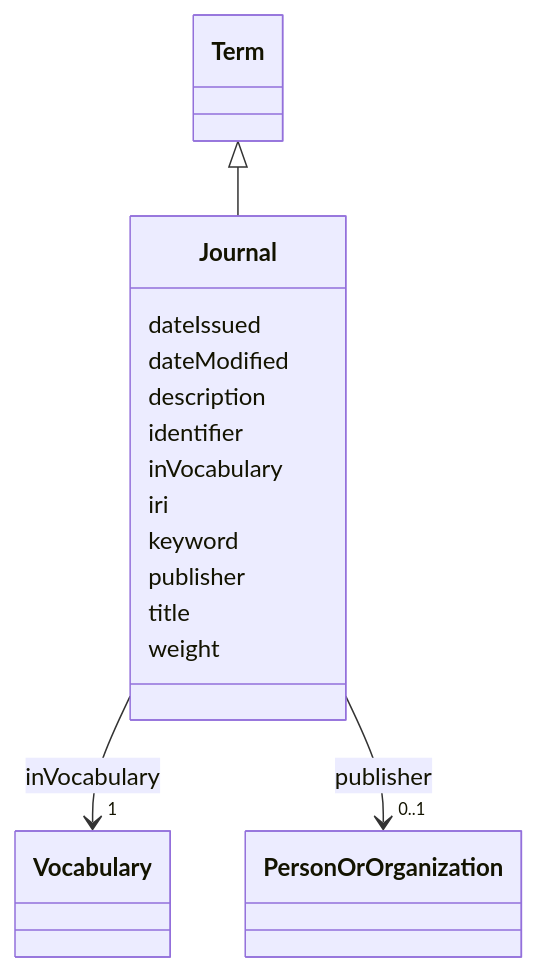
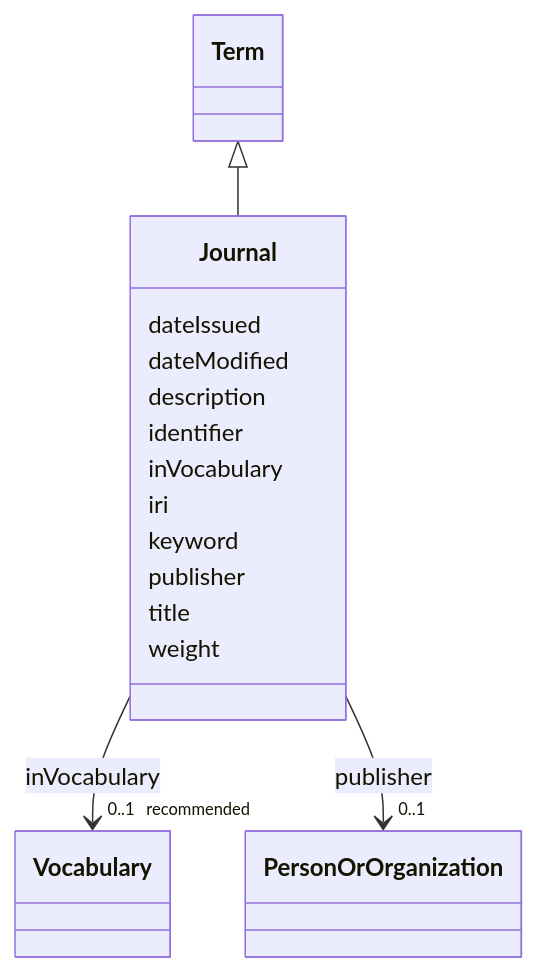
Before and after one commit to EVORA-project/evora-ontology: the diagram in models/docs/Journal.md, drawn with Mermaid. The commit also changed other lines of this file and 307 other files, not shown here.

````diff
--- a/models/docs/Journal.md
+++ b/models/docs/Journal.md
@@ -19,43 +19,43 @@
 ```mermaid
  classDiagram
     class Journal
     click Journal href "../Journal"
       Term <|-- Journal
         click Term href "../Term"
       
       Journal : dateIssued
         
       Journal : dateModified
         
       Journal : description
         
       Journal : identifier
         
       Journal : inVocabulary
         
           
     
     
-    Journal --> "1" Vocabulary : inVocabulary
+    Journal --> "0..1 _recommended_" Vocabulary : inVocabulary
     click Vocabulary href "../Vocabulary"
 
         
       Journal : iri
         
       Journal : keyword
         
       Journal : publisher
         
           
     
     
     Journal --> "0..1" PersonOrOrganization : publisher
     click PersonOrOrganization href "../PersonOrOrganization"
 
         
       Journal : title
         
       Journal : weight
         
       
 ```
````
